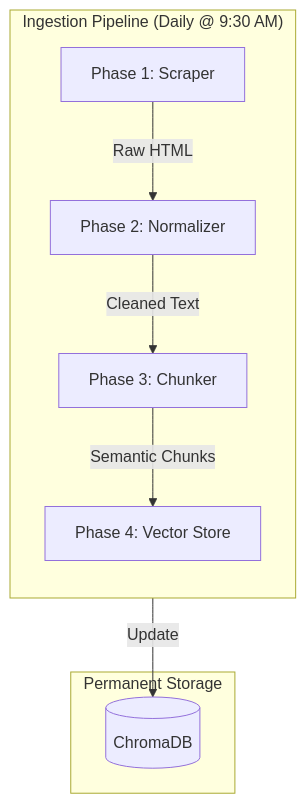
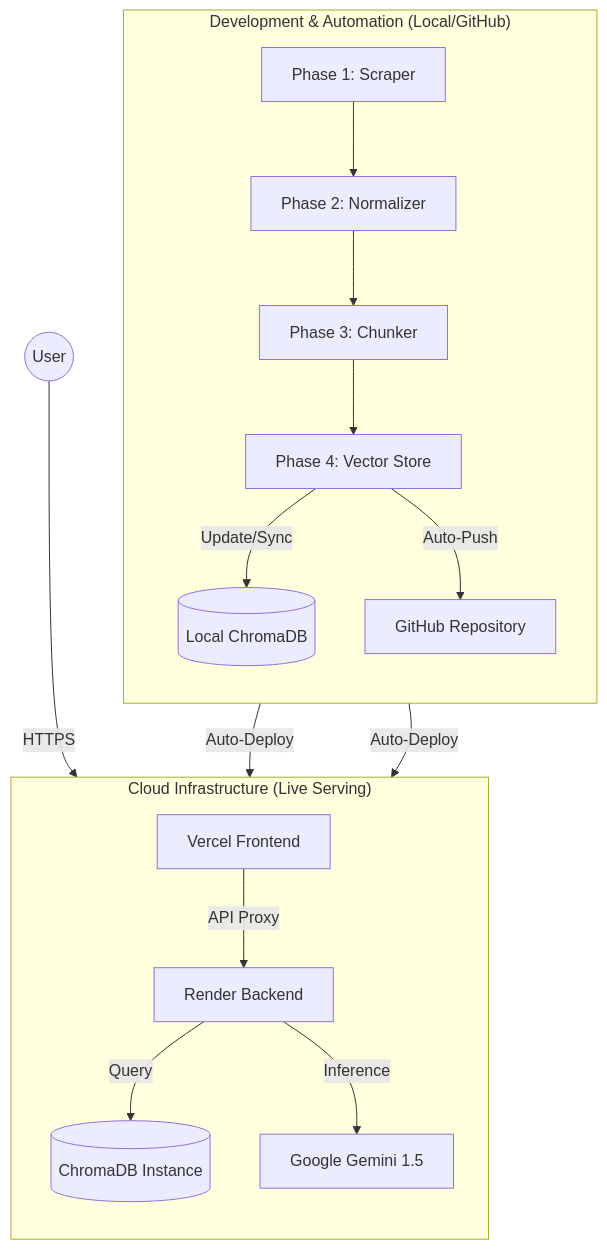
The diagram in README.md (puneet225/MF_rag_chatbot), drawn with Mermaid before and after one commit. The commit also changed other lines of this file and 1 other file, not shown here.

Commit message:
Docs: Implement unified end-to-end System Lifecycle flowchart

````diff
--- a/README.md
+++ b/README.md
@@ -26,20 +25,32 @@
 ```mermaid
 flowchart TD
-    subgraph Ingestion["Ingestion Pipeline (Daily @ 9:30 AM)"]
+    subgraph Local["Development & Automation (Local/GitHub)"]
         direction TB
-        P1[Phase 1: Scraper]
-        P2[Phase 2: Normalizer]
-        P3[Phase 3: Chunker]
-        P4[Phase 4: Vector Store]
+        P1[Phase 1: Scraper] --> P2[Phase 2: Normalizer]
+        P2 --> P3[Phase 3: Chunker]
+        P3 --> P4[Phase 4: Vector Store]
         
-        P1 -- "Raw HTML" --> P2
-        P2 -- "Cleaned Text" --> P3
-        P3 -- "Semantic Chunks" --> P4
+        DB_Local[(Local ChromaDB)]
+        P4 -- "Update/Sync" --> DB_Local
+        
+        GH[GitHub Repository]
+        P4 -- "Auto-Push" --> GH
     end
 
-    subgraph Storage["Permanent Storage"]
-        DB[(ChromaDB)]
+    subgraph Cloud["Cloud Infrastructure (Live Serving)"]
+        direction TB
+        Vercel[Vercel Frontend]
+        Render[Render Backend]
+        Gemini[Google Gemini 1.5]
+        DB_Cloud[(ChromaDB Instance)]
+        
+        GH -- "Auto-Deploy" --> Vercel
+        GH -- "Auto-Deploy" --> Render
+        
+        Render -- "Query" --> DB_Cloud
+        Render -- "Inference" --> Gemini
     end
 
-    P4 -- Update --> DB
+    User((User)) -- "HTTPS" --> Vercel
+    Vercel -- "API Proxy" --> Render
 ```
````
